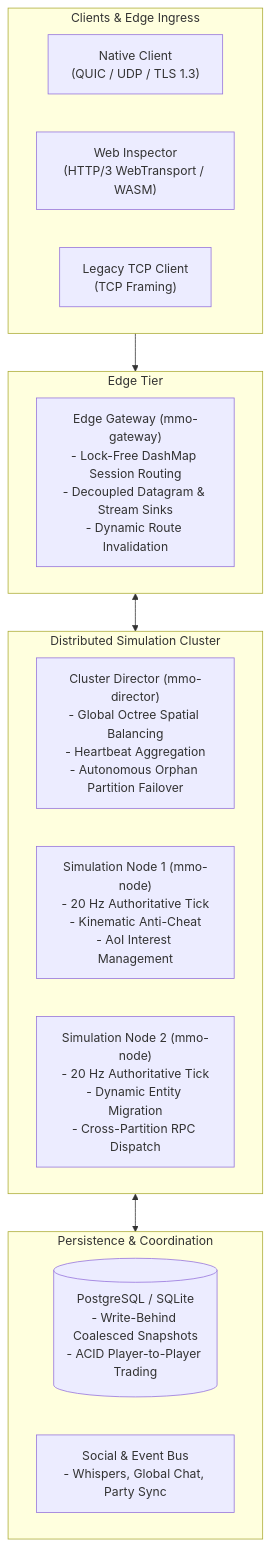
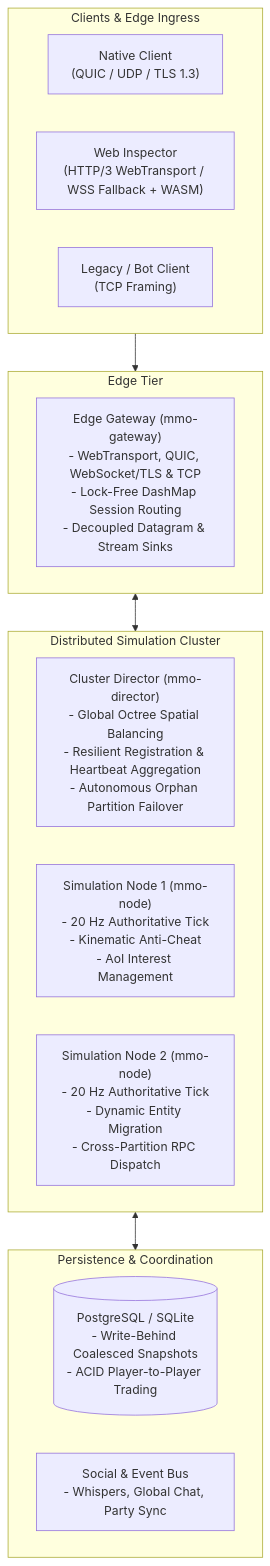
One commit to Jakousa/rust-server changed the diagram in README.md. Above: the diagram before and after it, drawn with Mermaid. The commit also changed other lines of this file and 44 other files, not shown here.

````diff
--- a/README.md
+++ b/README.md
@@ -17,27 +17,27 @@
 ```mermaid
 flowchart TD
     subgraph Clients["Clients & Edge Ingress"]
         C1["Native Client\n(QUIC / UDP / TLS 1.3)"]
-        C2["Web Inspector\n(HTTP/3 WebTransport / WASM)"]
-        C3["Legacy TCP Client\n(TCP Framing)"]
+        C2["Web Inspector\n(HTTP/3 WebTransport / WSS Fallback + WASM)"]
+        C3["Legacy / Bot Client\n(TCP Framing)"]
     end
 
     subgraph Edge["Edge Tier"]
-        GW["Edge Gateway (mmo-gateway)\n- Lock-Free DashMap Session Routing\n- Decoupled Datagram & Stream Sinks\n- Dynamic Route Invalidation"]
+        GW["Edge Gateway (mmo-gateway)\n- WebTransport, QUIC, WebSocket/TLS & TCP\n- Lock-Free DashMap Session Routing\n- Decoupled Datagram & Stream Sinks"]
     end
 
     subgraph Cluster["Distributed Simulation Cluster"]
-        DIR["Cluster Director (mmo-director)\n- Global Octree Spatial Balancing\n- Heartbeat Aggregation\n- Autonomous Orphan Partition Failover"]
+        DIR["Cluster Director (mmo-director)\n- Global Octree Spatial Balancing\n- Resilient Registration & Heartbeat Aggregation\n- Autonomous Orphan Partition Failover"]
         N1["Simulation Node 1 (mmo-node)\n- 20 Hz Authoritative Tick\n- Kinematic Anti-Cheat\n- AoI Interest Management"]
         N2["Simulation Node 2 (mmo-node)\n- 20 Hz Authoritative Tick\n- Dynamic Entity Migration\n- Cross-Partition RPC Dispatch"]
     end
 
     subgraph Storage["Persistence & Coordination"]
         DB[("PostgreSQL / SQLite\n- Write-Behind Coalesced Snapshots\n- ACID Player-to-Player Trading")]
         BUS["Social & Event Bus\n- Whispers, Global Chat, Party Sync"]
     end
 
     Clients --> Edge
     Edge <--> Cluster
     Cluster <--> Storage
 ```
````
